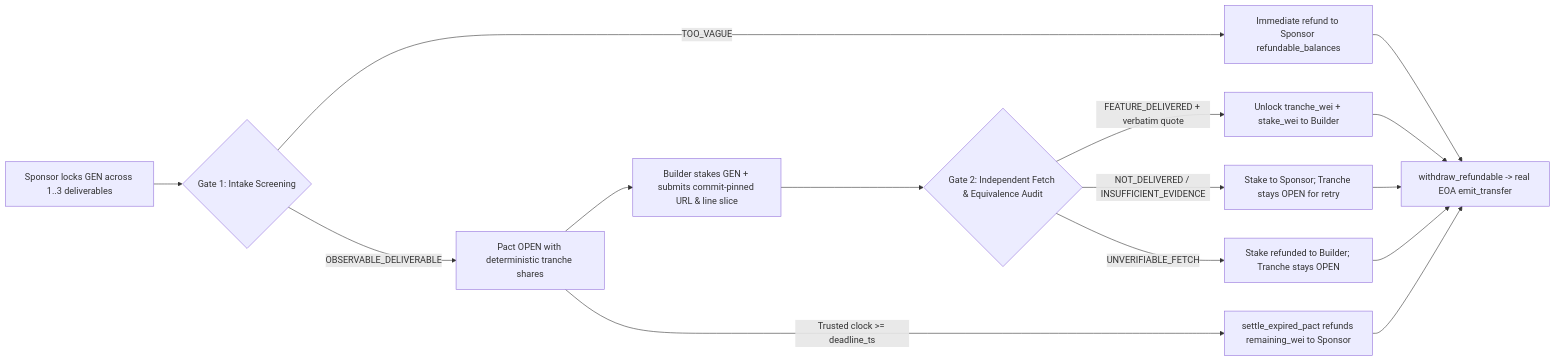
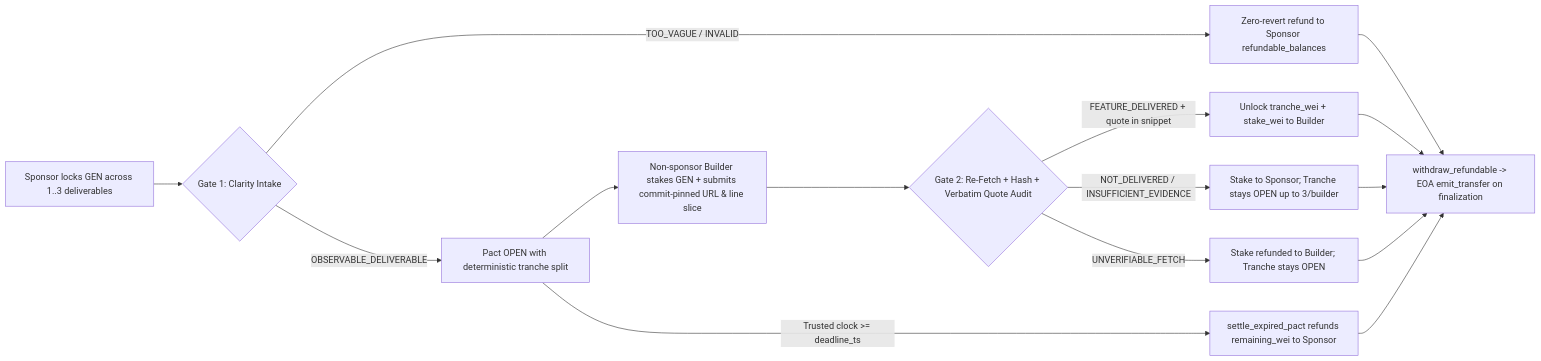
One commit to Kanezar3/Release-Pact changed the diagram in docs/TUTORIAL.md. Above: the diagram before and after it, drawn with Mermaid. The commit also changed other lines of this file and 18 other files, not shown here.

Commit message:
fix: harden ReleasePact v1.1, fix MetaMask init race, add Appeal Window & EOA ledger

````diff
--- a/docs/TUTORIAL.md
+++ b/docs/TUTORIAL.md
@@ -20,17 +9,17 @@
 ```mermaid
 flowchart LR
-    S[Sponsor locks GEN across 1..3 deliverables] --> G1{Gate 1: Intake Screening}
-    G1 -->|TOO_VAGUE| R1[Immediate refund to Sponsor refundable_balances]
-    G1 -->|OBSERVABLE_DELIVERABLE| P[Pact OPEN with deterministic tranche shares]
-    P --> B[Builder stakes GEN + submits commit-pinned URL & line slice]
-    B --> G2{Gate 2: Independent Fetch & Equivalence Audit}
-    G2 -->|FEATURE_DELIVERED + verbatim quote| U[Unlock tranche_wei + stake_wei to Builder]
-    G2 -->|NOT_DELIVERED / INSUFFICIENT_EVIDENCE| F[Stake to Sponsor; Tranche stays OPEN for retry]
+    S[Sponsor locks GEN across 1..3 deliverables] --> G1{Gate 1: Clarity Intake}
+    G1 -->|TOO_VAGUE / INVALID| R1[Zero-revert refund to Sponsor refundable_balances]
+    G1 -->|OBSERVABLE_DELIVERABLE| P[Pact OPEN with deterministic tranche split]
+    P --> B[Non-sponsor Builder stakes GEN + submits commit-pinned URL & line slice]
+    B --> G2{Gate 2: Re-Fetch + Hash + Verbatim Quote Audit}
+    G2 -->|FEATURE_DELIVERED + quote in snippet| U[Unlock tranche_wei + stake_wei to Builder]
+    G2 -->|NOT_DELIVERED / INSUFFICIENT_EVIDENCE| F[Stake to Sponsor; Tranche stays OPEN up to 3/builder]
     G2 -->|UNVERIFIABLE_FETCH| RF[Stake refunded to Builder; Tranche stays OPEN]
     P -->|Trusted clock >= deadline_ts| EX[settle_expired_pact refunds remaining_wei to Sponsor]
-    U --> W[withdraw_refundable -> real EOA emit_transfer]
+    U --> W[withdraw_refundable -> EOA emit_transfer on finalization]
     R1 --> W
     F --> W
     RF --> W
     EX --> W
 ```
````
